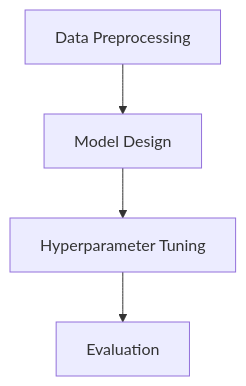
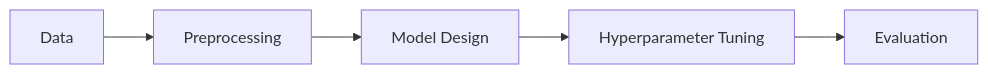
One commit to jashdubal/stackoverflow-classification changed the diagram in README.md. Above: the diagram before and after it, drawn with Mermaid.

````diff
--- a/README.md
+++ b/README.md
@@ -20,6 +20,7 @@
 ```mermaid
-graph TD
-  A[Data Preprocessing] --> B[Model Design]
-  B --> C[Hyperparameter Tuning]
-  C --> D[Evaluation]
+graph LR
+A[Data] --> B[Preprocessing]
+B --> C[Model Design]
+C --> D[Hyperparameter Tuning]
+D --> E[Evaluation]
 ```
````
